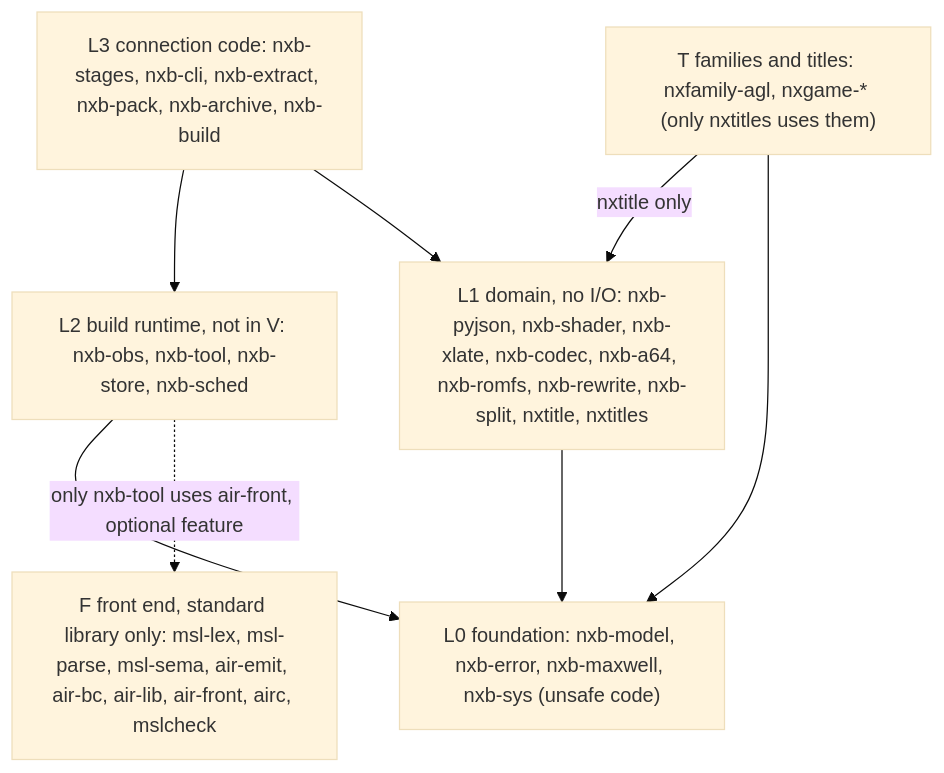
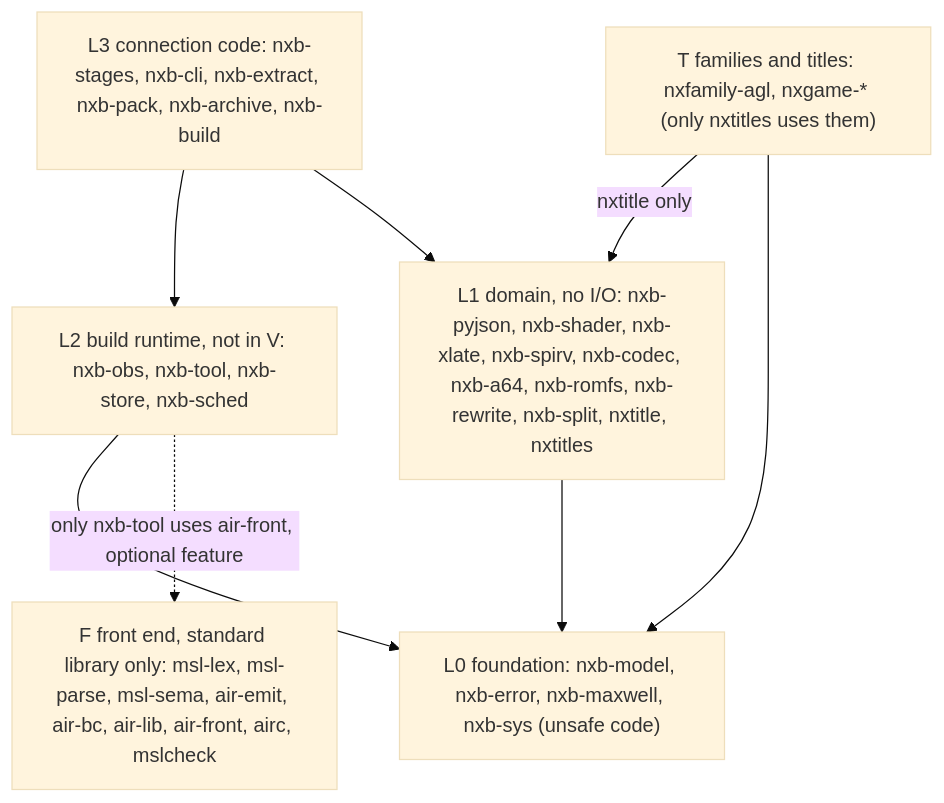
Before and after one commit to b4f8abbb24dbf56a7d0280f296e16eeb/nxkit: the first of 3 diagrams in docs/architecture.md, drawn with Mermaid (base theme). The commit also changed other lines of this file and 9 other files, not shown here.

````diff
--- a/docs/architecture.md
+++ b/docs/architecture.md
@@ -24,14 +24,14 @@
 ```mermaid
 flowchart TD
   L3["L3 connection code: nxb-stages, nxb-cli, nxb-extract, nxb-pack, nxb-archive, nxb-build"]
   L2["L2 build runtime, not in V: nxb-obs, nxb-tool, nxb-store, nxb-sched"]
-  L1["L1 domain, no I/O: nxb-pyjson, nxb-shader, nxb-xlate, nxb-codec, nxb-a64, nxb-romfs, nxb-rewrite, nxb-split, nxtitle, nxtitles"]
+  L1["L1 domain, no I/O: nxb-pyjson, nxb-shader, nxb-xlate, nxb-spirv, nxb-codec, nxb-a64, nxb-romfs, nxb-rewrite, nxb-split, nxtitle, nxtitles"]
   L0["L0 foundation: nxb-model, nxb-error, nxb-maxwell, nxb-sys (unsafe code)"]
   LT["T families and titles: nxfamily-agl, nxgame-* (only nxtitles uses them)"]
   LF["F front end, standard library only: msl-lex, msl-parse, msl-sema, air-emit, air-bc, air-lib, air-front, airc, mslcheck"]
   L3 --> L2 --> L0
   L3 --> L1 --> L0
   LT -->|nxtitle only| L1
   LT --> L0
   L2 -.->|only nxb-tool uses air-front, optional feature| LF
 ```
````
